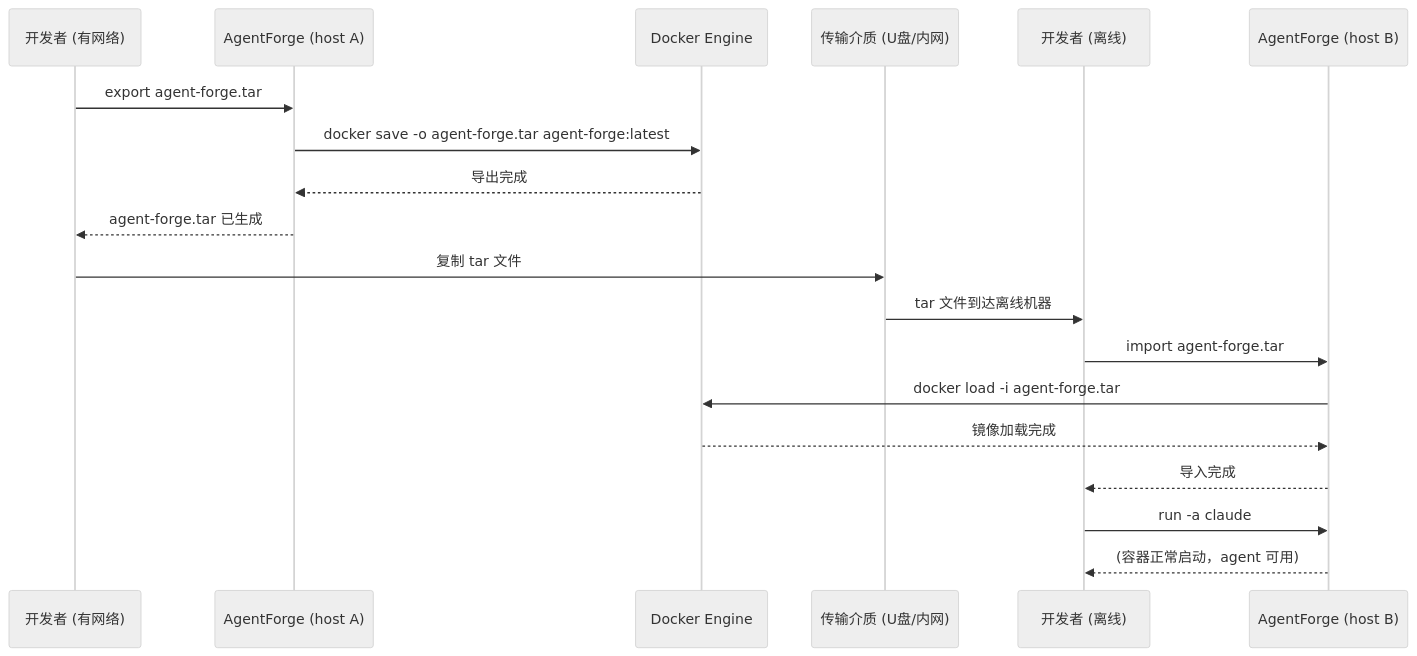
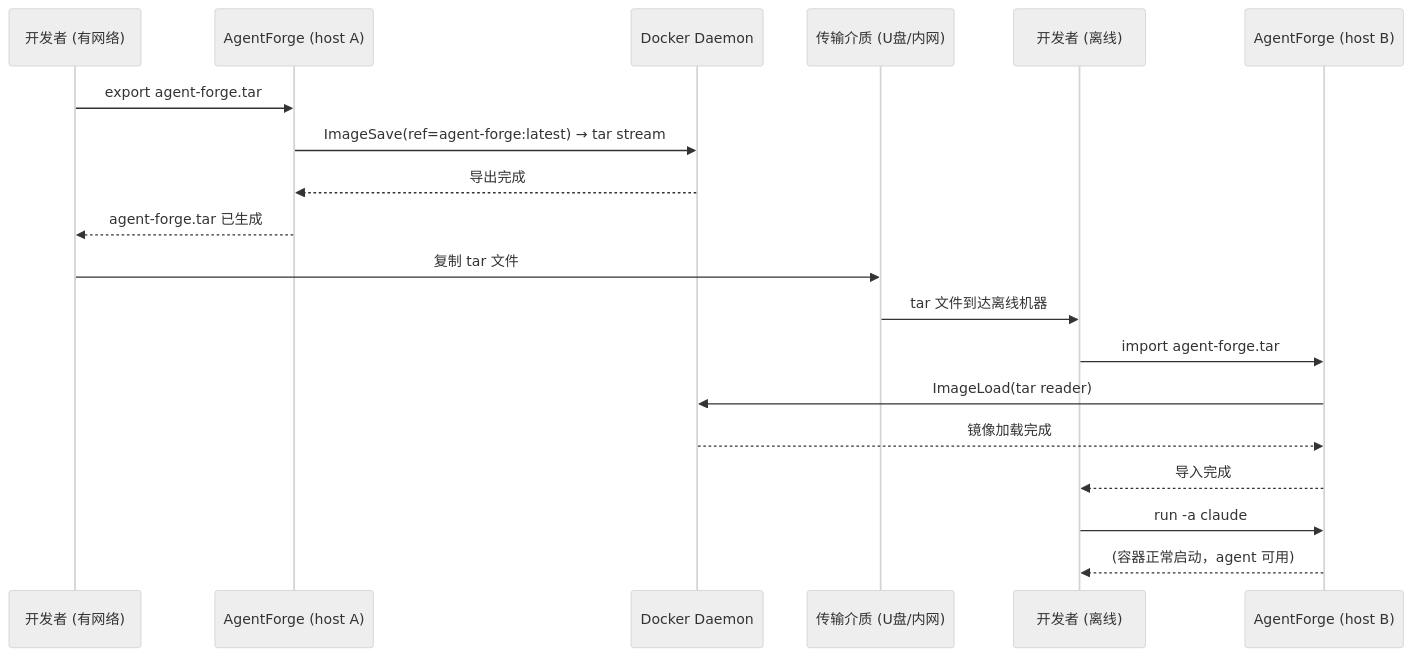
Diagram 22 of 23 in docs/features/agent-forge/design.md (bianc2018/AgentForge), drawn with Mermaid (neutral theme) before and after one commit. The commit also changed other lines of this file, not shown here.

First line of the commit message:
refactor: 设计文档 Docker CLI 全面迁移至 Docker SDK

````diff
--- a/docs/features/agent-forge/design.md
+++ b/docs/features/agent-forge/design.md
@@ -1195,22 +1190,22 @@
 ```mermaid
 sequenceDiagram
     participant DevA as 开发者 (有网络)
     participant AF as AgentForge (host A)
-    participant DK as Docker Engine
+    participant DK as Docker Daemon
     participant Transfer as 传输介质 (U盘/内网)
     participant DevB as 开发者 (离线)
     participant AFB as AgentForge (host B)
 
     DevA->>AF: export agent-forge.tar
-    AF->>DK: docker save -o agent-forge.tar agent-forge:latest
+    AF->>DK: ImageSave(ref=agent-forge:latest) → tar stream
     DK-->>AF: 导出完成
     AF-->>DevA: agent-forge.tar 已生成
     DevA->>Transfer: 复制 tar 文件
     Transfer->>DevB: tar 文件到达离线机器
     DevB->>AFB: import agent-forge.tar
-    AFB->>DK: docker load -i agent-forge.tar
+    AFB->>DK: ImageLoad(tar reader)
     DK-->>AFB: 镜像加载完成
     AFB-->>DevB: 导入完成
     DevB->>AFB: run -a claude
     AFB-->>DevB: (容器正常启动，agent 可用)
 ```
````
